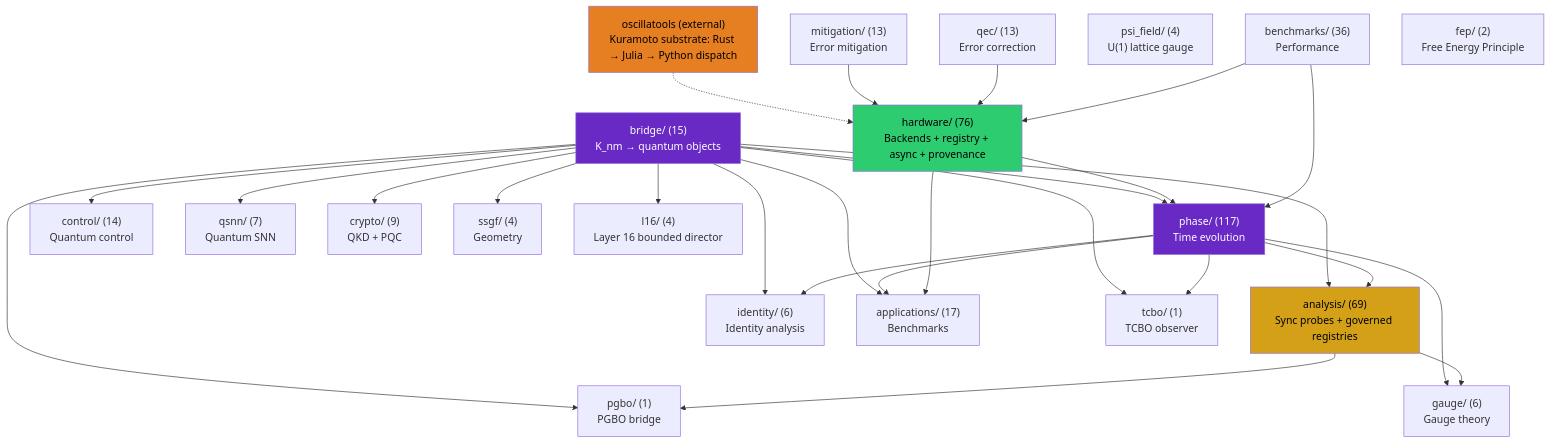
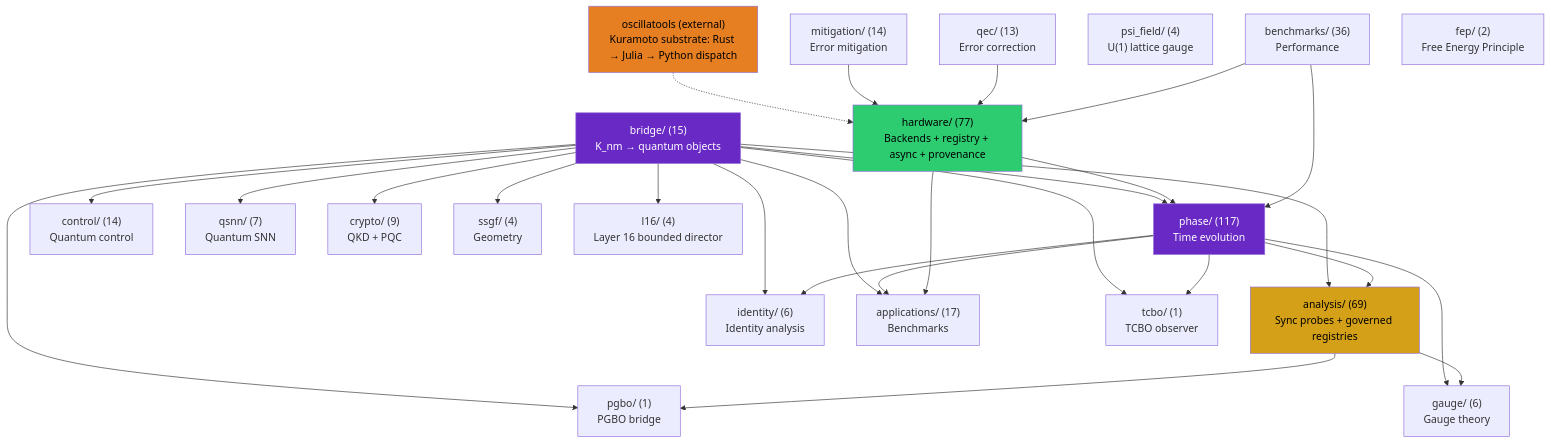
One commit to anulum/scpn-quantum-control changed the first of 4 diagrams in docs/architecture.md. Above: the diagram before and after it, drawn with Mermaid. The commit also changed other lines of this file and 12 other files, not shown here.

````diff
--- a/docs/architecture.md
+++ b/docs/architecture.md
@@ -484,55 +484,55 @@
 ```mermaid
 graph TD
     bridge["bridge/ (15)\nK_nm → quantum objects"]
     phase["phase/ (117)\nTime evolution"]
     analysis["analysis/ (69)\nSync probes + governed registries"]
     control["control/ (14)\nQuantum control"]
     qsnn["qsnn/ (7)\nQuantum SNN"]
     identity["identity/ (6)\nIdentity analysis"]
-    hardware["hardware/ (76)\nBackends + registry + async + provenance"]
-    mitigation["mitigation/ (13)\nError mitigation"]
+    hardware["hardware/ (77)\nBackends + registry + async + provenance"]
+    mitigation["mitigation/ (14)\nError mitigation"]
     qec["qec/ (13)\nError correction"]
     gauge["gauge/ (6)\nGauge theory"]
     apps["applications/ (17)\nBenchmarks"]
     crypto["crypto/ (9)\nQKD + PQC"]
     benchmarks["benchmarks/ (36)\nPerformance"]
     ssgf["ssgf/ (4)\nGeometry"]
     psi_field["psi_field/ (4)\nU(1) lattice gauge"]
     oscillatools["oscillatools (external)\nKuramoto substrate: Rust → Julia → Python dispatch"]
     fep["fep/ (2)\nFree Energy Principle"]
     tcbo["tcbo/ (1)\nTCBO observer"]
     pgbo["pgbo/ (1)\nPGBO bridge"]
     l16["l16/ (4)\nLayer 16 bounded director"]
 
     bridge --> phase
     bridge --> analysis
     bridge --> control
     bridge --> qsnn
     bridge --> identity
     bridge --> apps
     bridge --> crypto
     bridge --> ssgf
     phase --> analysis
     phase --> identity
     phase --> apps
     phase --> gauge
     analysis --> gauge
     hardware --> phase
     hardware --> apps
     oscillatools -.-> hardware
     mitigation --> hardware
     qec --> hardware
     benchmarks --> phase
     benchmarks --> hardware
     bridge --> tcbo
     bridge --> pgbo
     bridge --> l16
     phase --> tcbo
     analysis --> pgbo
 
     style bridge fill:#6929C4,color:#fff
     style analysis fill:#d4a017,color:#000
     style phase fill:#6929C4,color:#fff
     style hardware fill:#2ecc71,color:#000
     style oscillatools fill:#e67e22,color:#000
 ```
````
